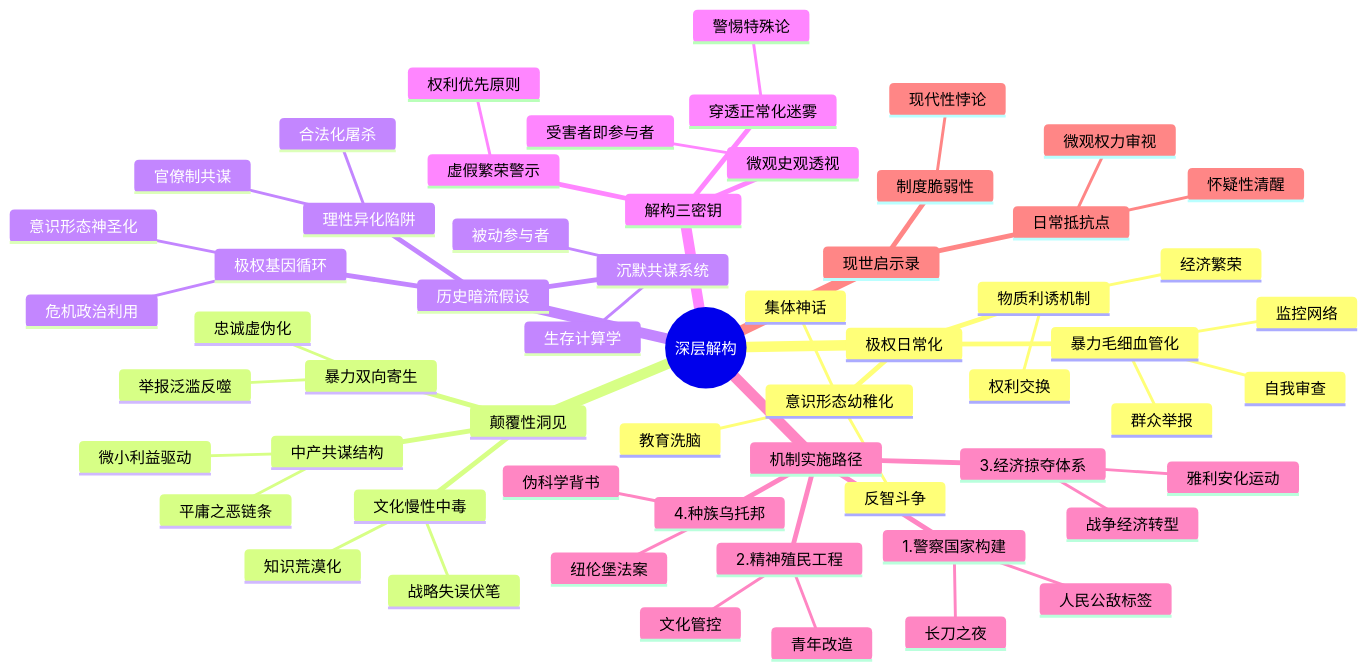
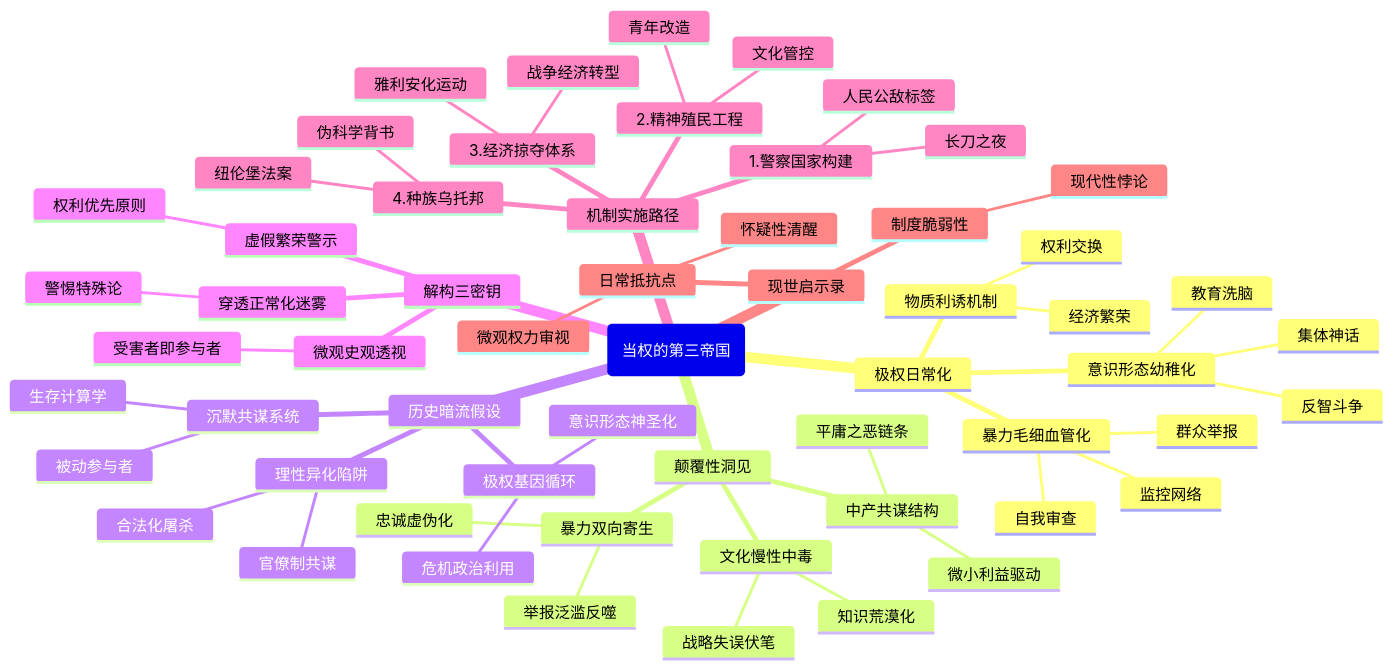
Before and after one commit to funloss/funKnowledge: the diagram in 读书/世界历史/第三帝国三部曲/当权的第三帝国.md, drawn with Mermaid. The commit also changed 74 other files, not shown here.

````diff
--- a/读书/世界历史/第三帝国三部曲/当权的第三帝国.md
+++ b/读书/世界历史/第三帝国三部曲/当权的第三帝国.md
@@ -3,67 +3,67 @@
 ```mermaid
 mindmap
-  root((深层解构))
+  root(当权的第三帝国)
     极权日常化
       暴力毛细血管化
         监控网络
         群众举报
         自我审查
       意识形态幼稚化
         教育洗脑
         集体神话
         反智斗争
       物质利诱机制
         经济繁荣
         权利交换
     
     颠覆性洞见
       暴力双向寄生
         举报泛滥反噬
         忠诚虚伪化
       中产共谋结构
         微小利益驱动
         平庸之恶链条
       文化慢性中毒
         知识荒漠化
         战略失误伏笔
     
     历史暗流假设
       理性异化陷阱
         官僚制共谋
         合法化屠杀
       沉默共谋系统
         被动参与者
         生存计算学
       极权基因循环
         危机政治利用
         意识形态神圣化
     
     解构三密钥
       穿透正常化迷雾
         警惕特殊论
       微观史观透视
         受害者即参与者
       虚假繁荣警示
         权利优先原则
     
     机制实施路径
       1.警察国家构建
         长刀之夜
         人民公敌标签
       2.精神殖民工程
         文化管控
         青年改造
       3.经济掠夺体系
         雅利安化运动
         战争经济转型
       4.种族乌托邦
         伪科学背书
         纽伦堡法案
     
     现世启示录
       制度脆弱性
         现代性悖论
       日常抵抗点
         怀疑性清醒
         微观权力审视
 ```
````
